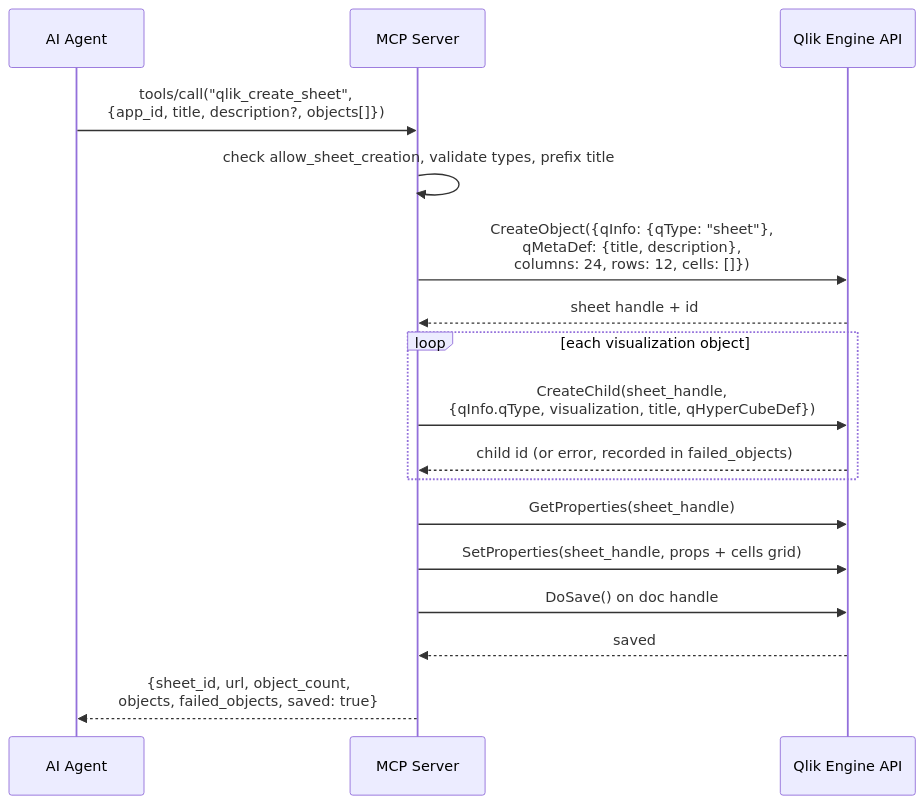
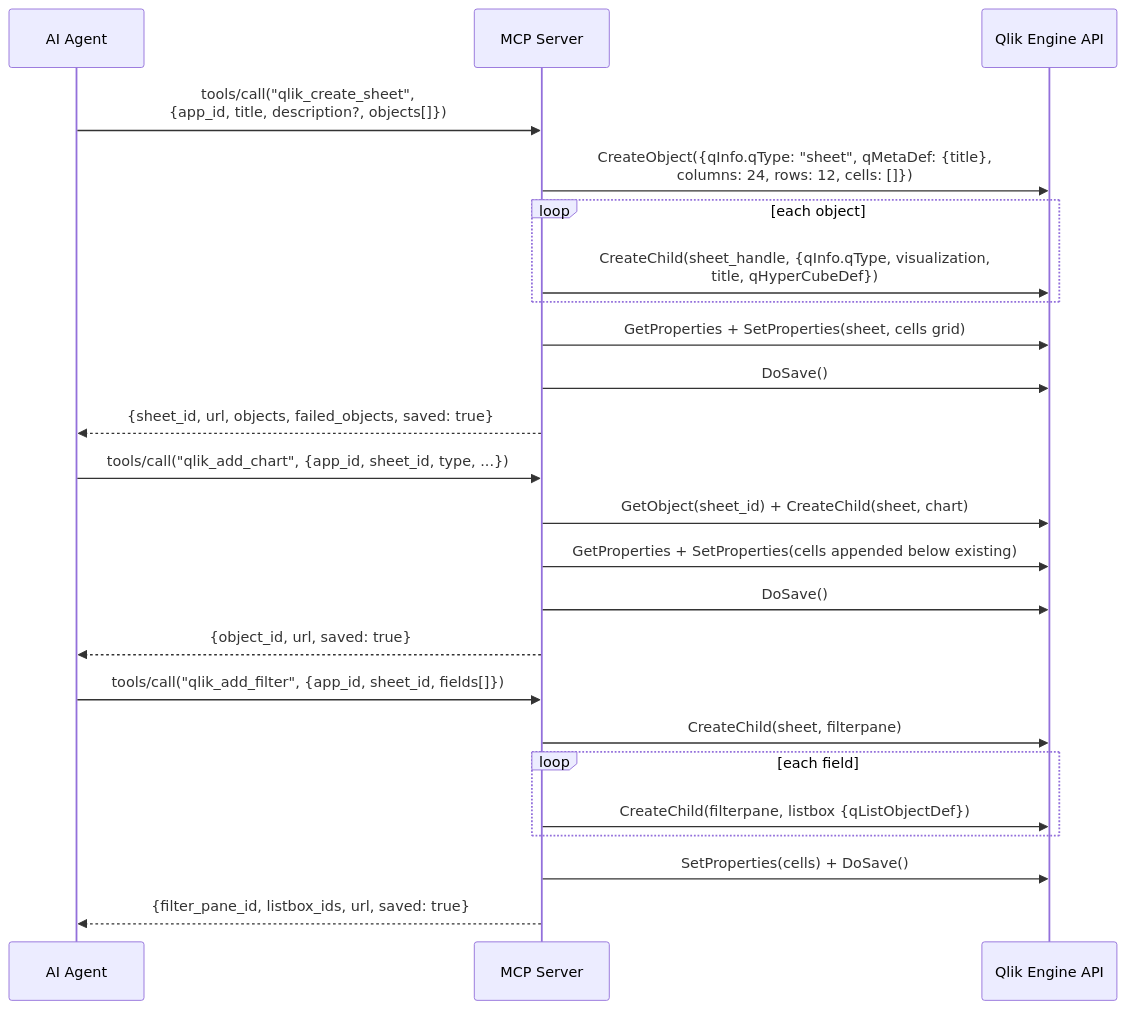
The tenth of 10 diagrams in design/c4-diagrams/c3-component.md (ssevera1/Qlik-Cloud-MCP-Server), drawn with Mermaid before and after one commit. The commit also changed other lines of this file and 32 other files, not shown here.

````diff
--- a/design/c4-diagrams/c3-component.md
+++ b/design/c4-diagrams/c3-component.md
@@ -158,24 +237,29 @@
 ```mermaid
 sequenceDiagram
     participant Agent as AI Agent
     participant MCP as MCP Server
     participant Engine as Qlik Engine API
 
     Agent->>MCP: tools/call("qlik_create_sheet",<br/>{app_id, title, description?, objects[]})
-    MCP->>MCP: check allow_sheet_creation, validate types, prefix title
+    MCP->>Engine: CreateObject({qInfo.qType: "sheet", qMetaDef: {title},<br/>columns: 24, rows: 12, cells: []})
+    loop each object
+        MCP->>Engine: CreateChild(sheet_handle, {qInfo.qType, visualization,<br/>title, qHyperCubeDef})
+    end
+    MCP->>Engine: GetProperties + SetProperties(sheet, cells grid)
+    MCP->>Engine: DoSave()
+    MCP-->>Agent: {sheet_id, url, objects, failed_objects, saved: true}
 
-    MCP->>Engine: CreateObject({qInfo: {qType: "sheet"},<br/>qMetaDef: {title, description},<br/>columns: 24, rows: 12, cells: []})
-    Engine-->>MCP: sheet handle + id
+    Agent->>MCP: tools/call("qlik_add_chart", {app_id, sheet_id, type, ...})
+    MCP->>Engine: GetObject(sheet_id) + CreateChild(sheet, chart)
+    MCP->>Engine: GetProperties + SetProperties(cells appended below existing)
+    MCP->>Engine: DoSave()
+    MCP-->>Agent: {object_id, url, saved: true}
 
-    loop each visualization object
-        MCP->>Engine: CreateChild(sheet_handle,<br/>{qInfo.qType, visualization, title, qHyperCubeDef})
-        Engine-->>MCP: child id (or error, recorded in failed_objects)
+    Agent->>MCP: tools/call("qlik_add_filter", {app_id, sheet_id, fields[]})
+    MCP->>Engine: CreateChild(sheet, filterpane)
+    loop each field
+        MCP->>Engine: CreateChild(filterpane, listbox {qListObjectDef})
     end
-
-    MCP->>Engine: GetProperties(sheet_handle)
-    MCP->>Engine: SetProperties(sheet_handle, props + cells grid)
-    MCP->>Engine: DoSave() on doc handle
-    Engine-->>MCP: saved
-
-    MCP-->>Agent: {sheet_id, url, object_count,<br/>objects, failed_objects, saved: true}
+    MCP->>Engine: SetProperties(cells) + DoSave()
+    MCP-->>Agent: {filter_pane_id, listbox_ids, url, saved: true}
 ```
````
